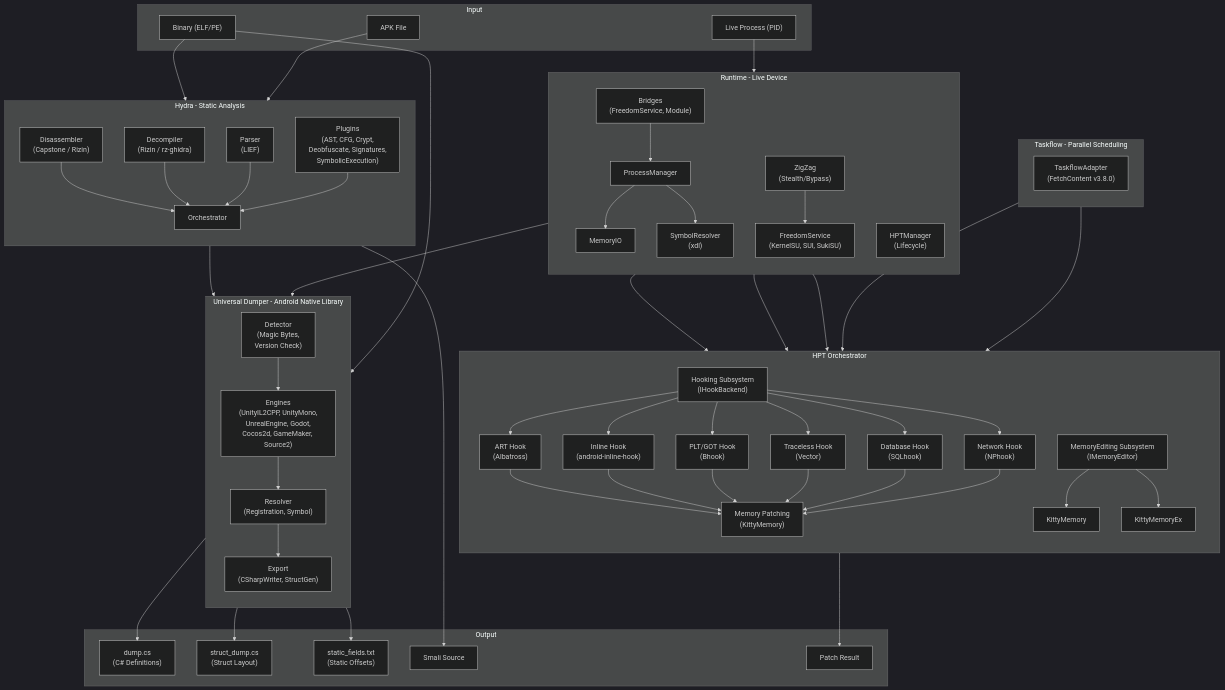
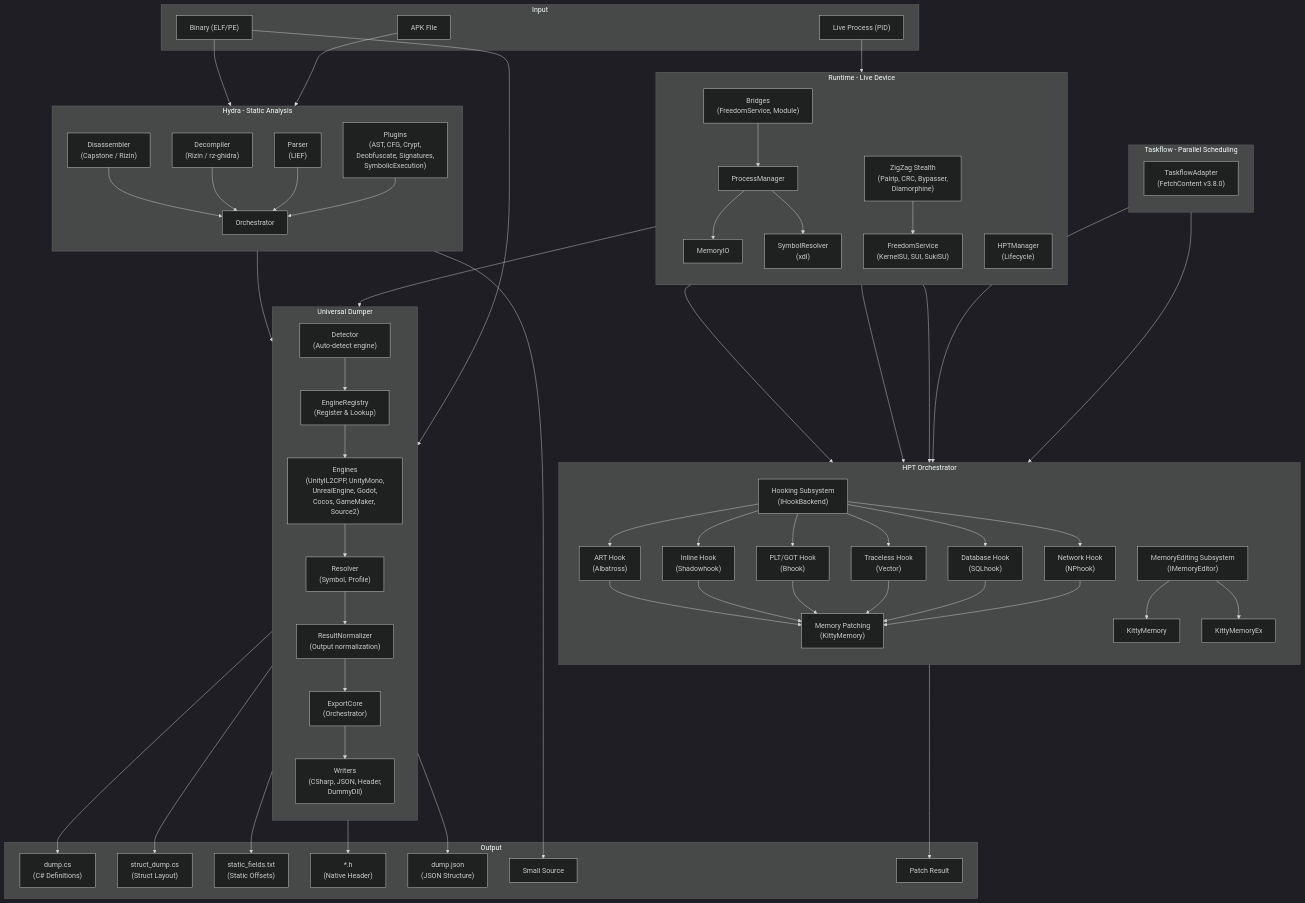
The first of 2 diagrams in README_EN.md (CicakDroid/OmniByte), drawn with Mermaid (dark theme) before and after one commit. The commit also changed other lines of this file and 4 other files, not shown here.

```diff
--- a/README_EN.md
+++ b/README_EN.md
@@ -179,15 +232,16 @@
         H_PLG --> H_ORC
     end
 
-    subgraph DUMPER["Universal Dumper - Android Native Library"]
+    subgraph DUMPER["Universal Dumper"]
         direction TB
-        D_DET["Detector\n(Magic Bytes,\nVersion Check)"]
-        D_ENG["Engines\n(UnityIL2CPP, UnityMono,\nUnrealEngine, Godot,\nCocos2d, GameMaker, Source2)"]
-        D_RES["Resolver\n(Registration, Symbol)"]
-        D_EXP["Export\n(CSharpWriter, StructGen)"]
-        D_DET --> D_ENG
-        D_ENG --> D_RES
-        D_RES --> D_EXP
+        D_DET["Detector\n(Auto-detect engine)"]
+        D_REG["EngineRegistry\n(Register & Lookup)"]
+        D_ENG["Engines\n(UnityIL2CPP, UnityMono,\nUnrealEngine, Godot,\nCocos, GameMaker, Source2)"]
+        D_RES["Resolver\n(Symbol, Profile)"]
+        D_NORM["ResultNormalizer\n(Output normalization)"]
+        D_EXP["ExportCore\n(Orchestrator)"]
+        D_WR["Writers\n(CSharp, JSON, Header,\nDummyDll)"]
+        D_DET --> D_REG --> D_ENG --> D_RES --> D_NORM --> D_EXP --> D_WR
     end
 
     subgraph HPT["HPT Orchestrator"]
@@ -195,7 +249,7 @@
         HK_MOD["Hooking Subsystem\n(IHookBackend)"]
         ME_MOD["MemoryEditing Subsystem\n(IMemoryEditor)"]
         HK_MOD --> HK_ART["ART Hook\n(Albatross)"]
-        HK_MOD --> HK_INL["Inline Hook\n(android-inline-hook)"]
+        HK_MOD --> HK_INL["Inline Hook\n(Shadowhook)"]
         HK_MOD --> HK_PLT["PLT/GOT Hook\n(Bhook)"]
         HK_MOD --> HK_TLS["Traceless Hook\n(Vector)"]
         HK_MOD --> HK_DB["Database Hook\n(SQLhook)"]
@@ -216,7 +270,7 @@
         R_PM["ProcessManager"]
         R_MIO["MemoryIO"]
         R_SYM["SymbolResolver\n(xdl)"]
-        R_ZZ["ZigZag\n(Stealth/Bypass)"]
+        R_ZZ["ZigZag Stealth\n(Pairip, CRC, Bypasser,\nDiamorphine)"]
         R_HPT["HPTManager\n(Lifecycle)"]
         R_FS["FreedomService\n(KernelSU, SUI, SukiSU)"]
         R_BRG --> R_PM
@@ -236,6 +290,8 @@
         O_CS["dump.cs\n(C# Definitions)"]
         O_ST["struct_dump.cs\n(Struct Layout)"]
         O_SF["static_fields.txt\n(Static Offsets)"]
+        O_H["*.h\n(Native Header)"]
+        O_JSON["dump.json\n(JSON Structure)"]
         O_SM["Smali Source"]
         O_PT["Patch Result"]
     end
@@ -244,11 +300,12 @@
     BIN --> H_DIS
     BIN --> D_DET
     PID --> R_PM
-
     H_ORC --> D_DET
-    D_EXP --> O_CS
-    D_EXP --> O_ST
-    D_EXP --> O_SF
+    D_WR --> O_CS
+    D_WR --> O_ST
+    D_WR --> O_SF
+    D_WR --> O_H
+    D_WR --> O_JSON
     H_DEC --> O_SM
     HK_MEM --> O_PT
     R_MIO --> HK_MEM
```
